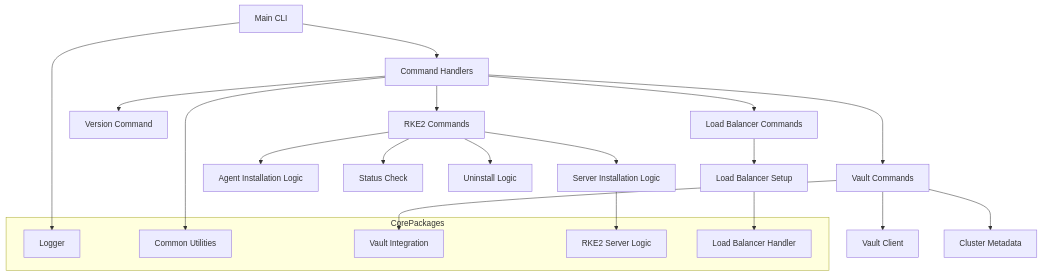
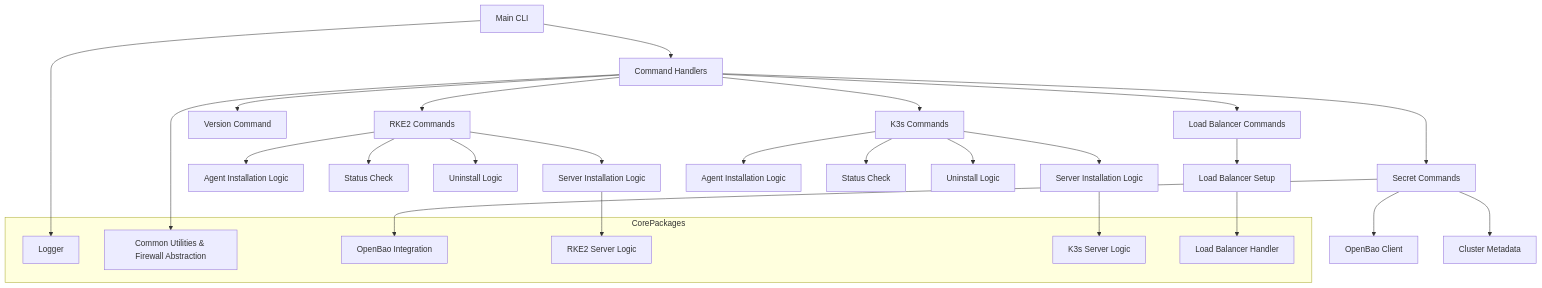
Before and after one commit to michielvha/edgectl: the diagram in docs/architecture.md, drawn with Mermaid. The commit also changed other lines of this file and 16 other files, not shown here.

````diff
--- a/docs/architecture.md
+++ b/docs/architecture.md
@@ -10,32 +10,40 @@
 ```mermaid
 graph TD;
     A[Main CLI] --> B[Command Handlers];
     B --> C[RKE2 Commands];
-    B --> D[Vault Commands];
+    B --> C2[K3s Commands];
+    B --> D[Secret Commands];
     B --> E[Version Command];
     B --> F[Load Balancer Commands];
 
     C --> G[Server Installation Logic];
     C --> H[Agent Installation Logic];
     C --> I[Status Check];
     C --> J[Uninstall Logic];
 
-    D --> K[Vault Client];
+    C2 --> G2[Server Installation Logic];
+    C2 --> H2[Agent Installation Logic];
+    C2 --> I2[Status Check];
+    C2 --> J2[Uninstall Logic];
+
+    D --> K[OpenBao Client];
     D --> L[Cluster Metadata];
 
     F --> M[Load Balancer Setup];
 
     subgraph CorePackages;
         P1[Logger];
-        P2[Common Utilities];
-        P3[Vault Integration];
+        P2[Common Utilities & Firewall Abstraction];
+        P3[OpenBao Integration];
         P4[RKE2 Server Logic];
+        P4b[K3s Server Logic];
         P5[Load Balancer Handler];
     end;
 
     A --> P1;
     B --> P2;
     D --> P3;
     G --> P4;
+    G2 --> P4b;
     M --> P5;
 ```
````
